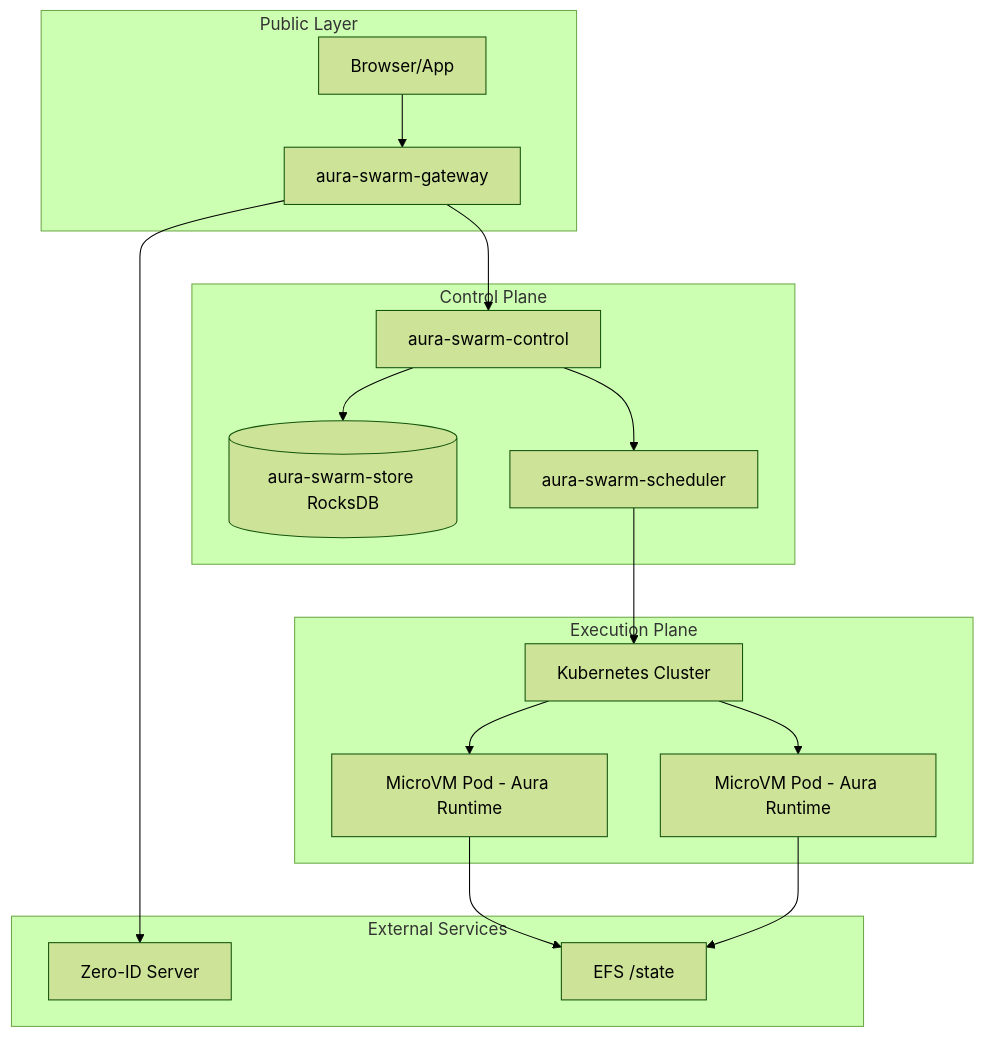
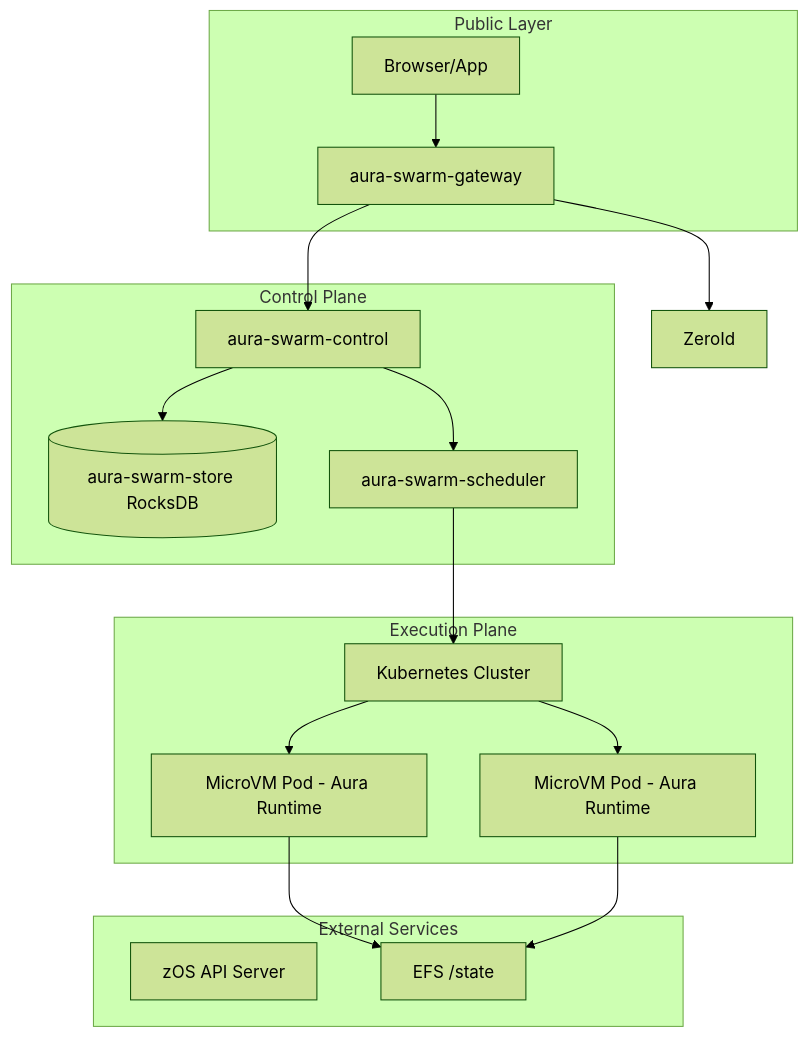
The first of 2 diagrams in docs/spec/v0.1.0/README.md (cypher-asi/aura-swarm), drawn with Mermaid (forest theme) before and after one commit. The commit also changed other lines of this file and 64 other files, not shown here.

````diff
--- a/docs/spec/v0.1.0/README.md
+++ b/docs/spec/v0.1.0/README.md
@@ -24,35 +24,35 @@
 ```mermaid
 graph TD
     subgraph public [Public Layer]
         Client[Browser/App]
         Gateway[aura-swarm-gateway]
     end
     
     subgraph control [Control Plane]
         ControlSvc[aura-swarm-control]
         Registry[(aura-swarm-store RocksDB)]
         Scheduler[aura-swarm-scheduler]
     end
     
     subgraph execution [Execution Plane]
         K8s[Kubernetes Cluster]
         MicroVM1[MicroVM Pod - Aura Runtime]
         MicroVM2[MicroVM Pod - Aura Runtime]
     end
     
     subgraph external [External Services]
-        ZeroId[Zero-ID Server]
+        zOS[zOS API Server]
         Storage[EFS /state]
     end
     
     Client --> Gateway
     Gateway --> ZeroId
     Gateway --> ControlSvc
     ControlSvc --> Registry
     ControlSvc --> Scheduler
     Scheduler --> K8s
     K8s --> MicroVM1
     K8s --> MicroVM2
     MicroVM1 --> Storage
     MicroVM2 --> Storage
 ```
````
